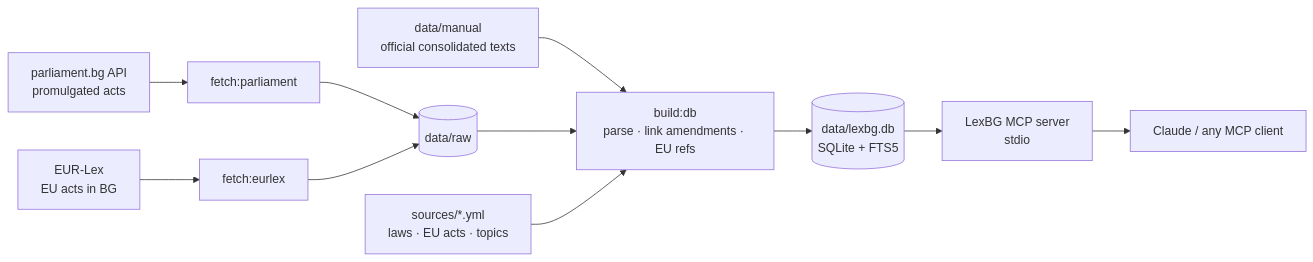
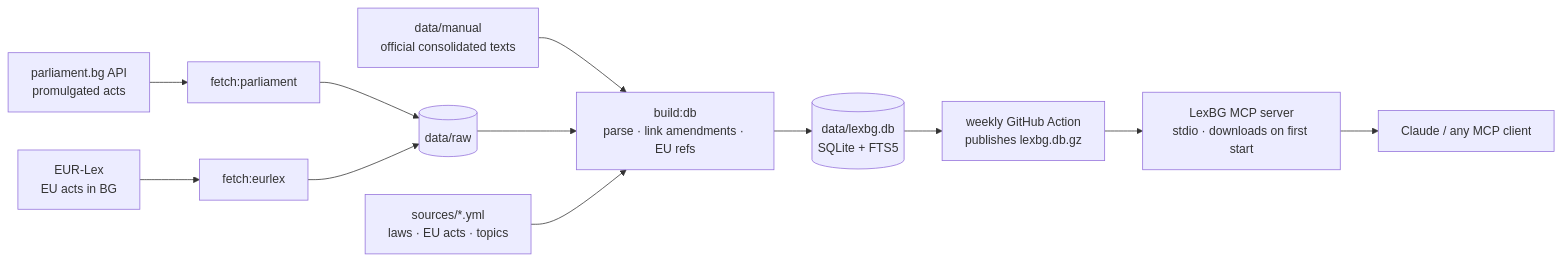
Before and after one commit to StanK1/lexbg-mcp: the diagram in README.md, drawn with Mermaid. The commit also changed other lines of this file and 17 other files, not shown here.

````diff
--- a/README.md
+++ b/README.md
@@ -132,13 +140,14 @@
 ```mermaid
 flowchart LR
   P[parliament.bg API<br/>promulgated acts] --> F1[fetch:parliament]
   E[EUR-Lex<br/>EU acts in BG] --> F2[fetch:eurlex]
   M[data/manual<br/>official consolidated texts] --> B
   F1 --> R[(data/raw)]
   F2 --> R
   R --> B[build:db<br/>parse · link amendments · EU refs]
   Y[sources/*.yml<br/>laws · EU acts · topics] --> B
   B --> D[(data/lexbg.db<br/>SQLite + FTS5)]
-  D --> S[LexBG MCP server<br/>stdio]
+  D --> W[weekly GitHub Action<br/>publishes lexbg.db.gz]
+  W --> S[LexBG MCP server<br/>stdio · downloads on first start]
   S --> C[Claude / any MCP client]
 ```
````
